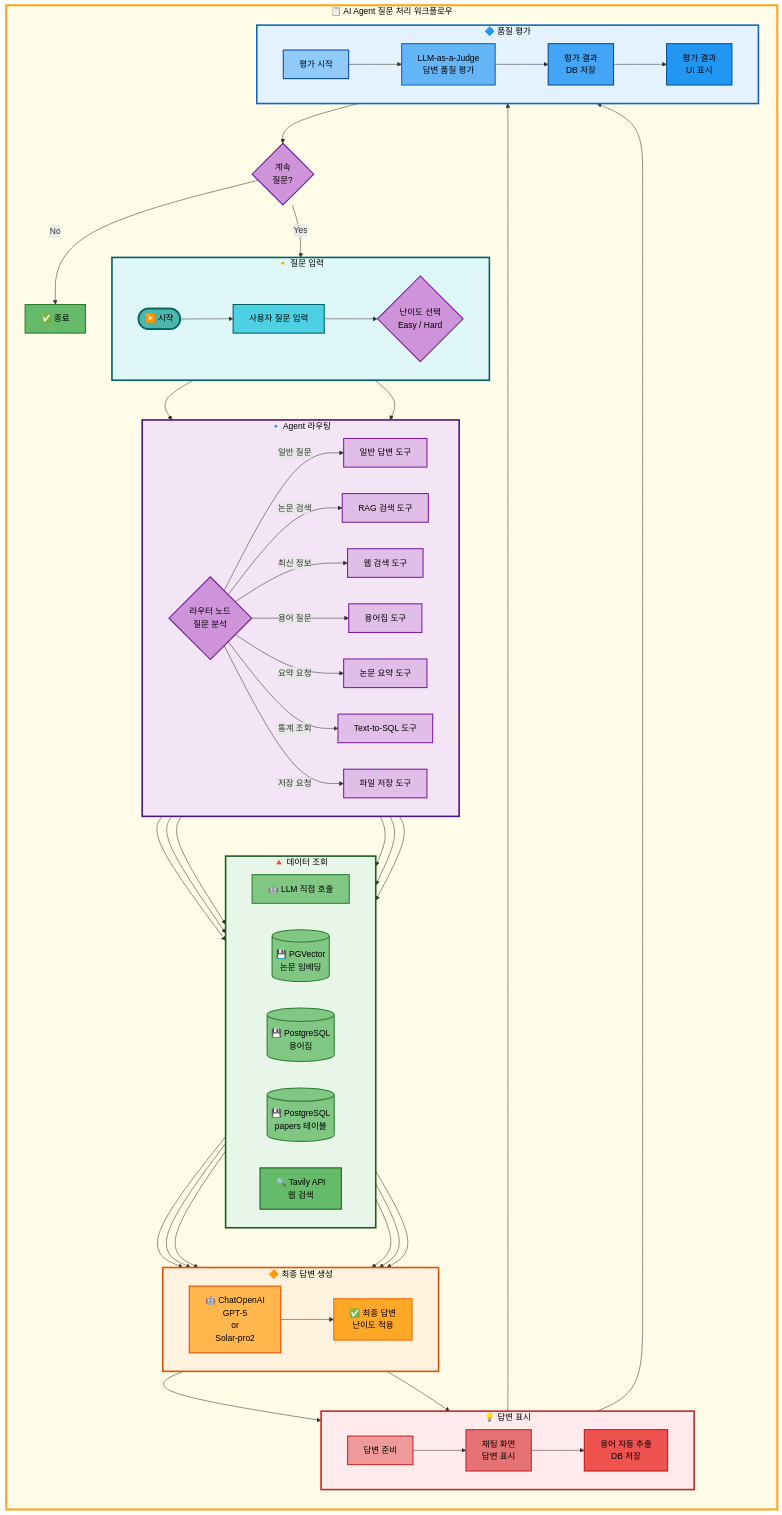
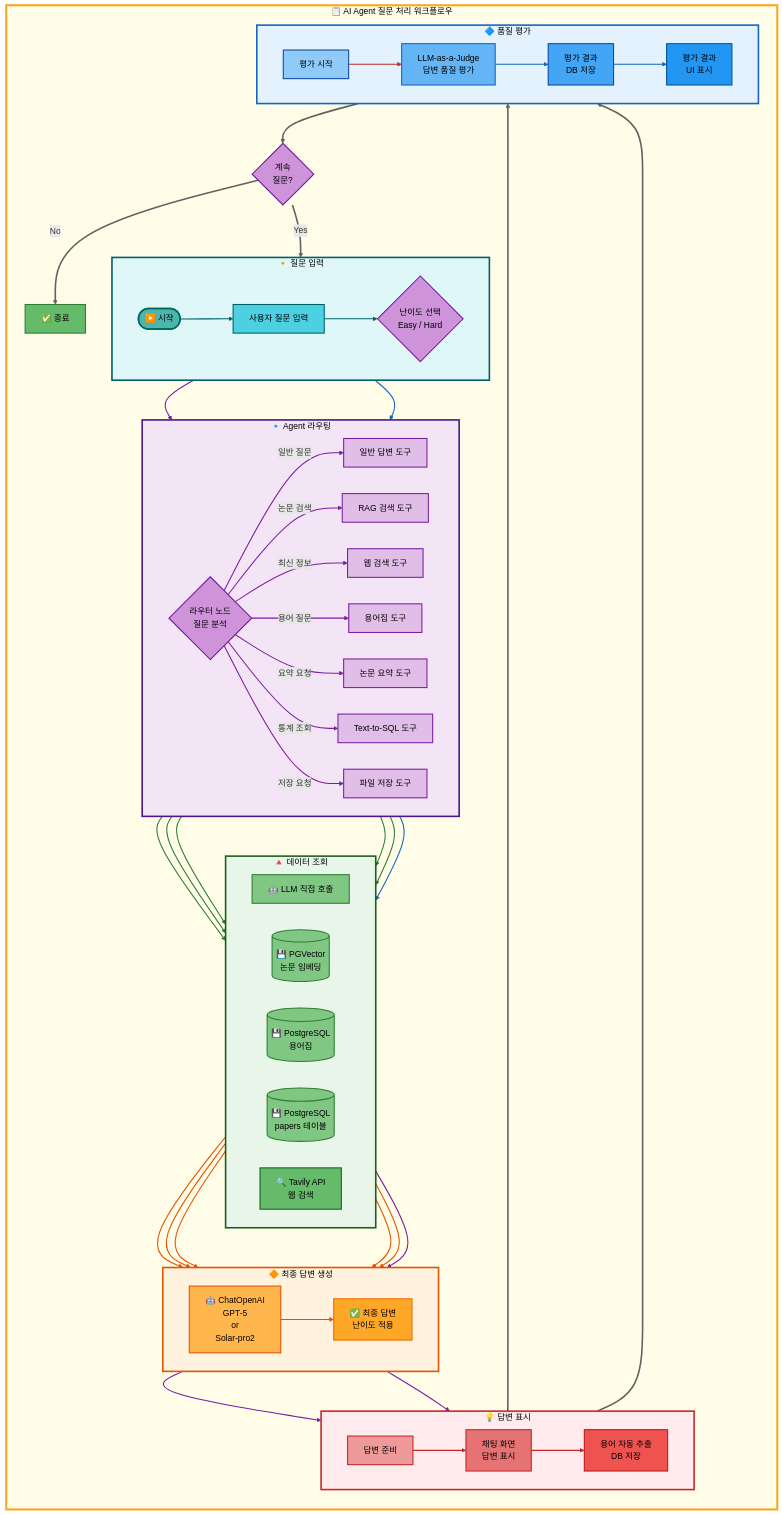
One commit to AIBootcamp14/langchainproject-new-langchainproject_5 changed the second of 3 diagrams in docs/modularization/01_프로젝트_구조.md. Above: the diagram before and after it, drawn with Mermaid.

Commit message:
docs: 연결선 색상을 단계별로 차별화
- 질문 입력: 청록 (#006064)
- Agent 라우팅: 보라 (#7b1fa2)
- 데이터 조회: 녹색 (#2e7d32)
- 답변 생성: 주황 (#e65100)
- 답변 표시: 빨강 (#c62828)
- 품질 평가: 파랑 (#1565c0)
- 흐름 제어: 보라 (#7b1fa2)
- 단계 간 연결: 회색 (#616161, 3px)
- 총 36개 연결선 색상 적용으로 시각적 구분 명확화

````diff
--- a/docs/modularization/01_프로젝트_구조.md
+++ b/docs/modularization/01_프로젝트_구조.md
@@ -233,4 +233,57 @@
     %% 노드 스타일 (흐름 제어)
     style Continue fill:#ce93d8,stroke:#6a1b9a,stroke-width:2px,color:#000
     style End fill:#66bb6a,stroke:#2e7d32,stroke-width:2px,color:#000
+
+    %% 연결선 스타일 (단계별 색상)
+    %% 질문 입력 (청록 - 0~2)
+    linkStyle 0 stroke:#006064,stroke-width:2px
+    linkStyle 1 stroke:#006064,stroke-width:2px
+
+    %% Agent 라우팅 (보라 - 3~10)
+    linkStyle 2 stroke:#7b1fa2,stroke-width:2px
+    linkStyle 3 stroke:#7b1fa2,stroke-width:2px
+    linkStyle 4 stroke:#7b1fa2,stroke-width:2px
+    linkStyle 5 stroke:#7b1fa2,stroke-width:2px
+    linkStyle 6 stroke:#7b1fa2,stroke-width:2px
+    linkStyle 7 stroke:#7b1fa2,stroke-width:2px
+    linkStyle 8 stroke:#7b1fa2,stroke-width:2px
+    linkStyle 9 stroke:#7b1fa2,stroke-width:2px
+
+    %% 데이터 조회 (녹색 - 11~15)
+    linkStyle 10 stroke:#2e7d32,stroke-width:2px
+    linkStyle 11 stroke:#2e7d32,stroke-width:2px
+    linkStyle 12 stroke:#2e7d32,stroke-width:2px
+    linkStyle 13 stroke:#2e7d32,stroke-width:2px
+    linkStyle 14 stroke:#2e7d32,stroke-width:2px
+
+    %% 답변 생성 (주황 - 16~21)
+    linkStyle 15 stroke:#e65100,stroke-width:2px
+    linkStyle 16 stroke:#e65100,stroke-width:2px
+    linkStyle 17 stroke:#e65100,stroke-width:2px
+    linkStyle 18 stroke:#e65100,stroke-width:2px
+    linkStyle 19 stroke:#e65100,stroke-width:2px
+    linkStyle 20 stroke:#e65100,stroke-width:2px
+
+    %% 답변 표시 (빨강 - 22~24)
+    linkStyle 21 stroke:#c62828,stroke-width:2px
+    linkStyle 22 stroke:#c62828,stroke-width:2px
+    linkStyle 23 stroke:#c62828,stroke-width:2px
+
+    %% 품질 평가 (파랑 - 25~28)
+    linkStyle 24 stroke:#1565c0,stroke-width:2px
+    linkStyle 25 stroke:#1565c0,stroke-width:2px
+    linkStyle 26 stroke:#1565c0,stroke-width:2px
+    linkStyle 27 stroke:#1565c0,stroke-width:2px
+
+    %% 흐름 제어 (보라 - 29~31)
+    linkStyle 28 stroke:#7b1fa2,stroke-width:2px
+    linkStyle 29 stroke:#7b1fa2,stroke-width:2px
+    linkStyle 30 stroke:#7b1fa2,stroke-width:2px
+
+    %% 단계 간 연결 (회색 - 32~36)
+    linkStyle 31 stroke:#616161,stroke-width:3px
+    linkStyle 32 stroke:#616161,stroke-width:3px
+    linkStyle 33 stroke:#616161,stroke-width:3px
+    linkStyle 34 stroke:#616161,stroke-width:3px
+    linkStyle 35 stroke:#616161,stroke-width:3px
 ```
````
